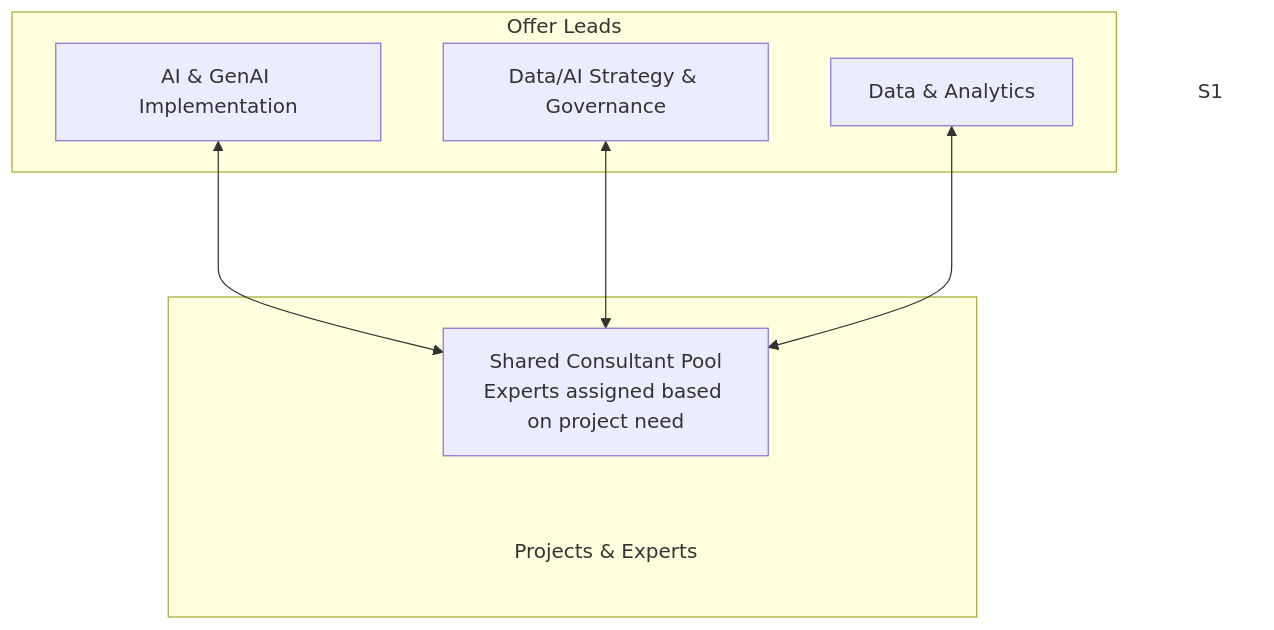
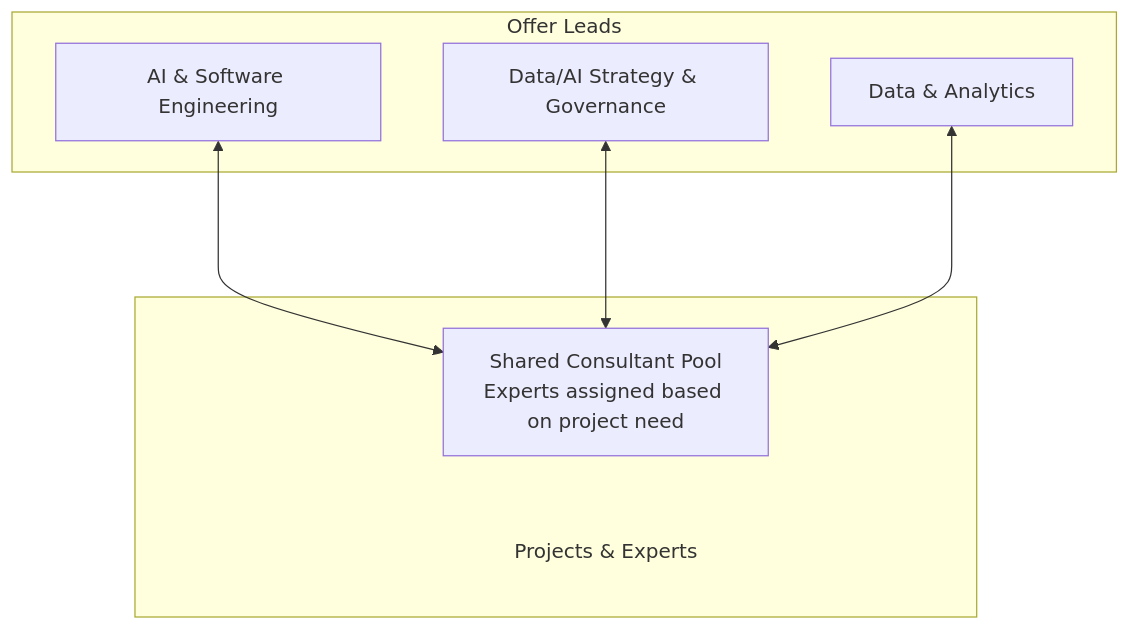
Before and after one commit to PlainsightPro/Vision-Playbook: the first of 2 diagrams in docs/about-plainsight/how-were-organised.md, drawn with Mermaid. The commit also changed other lines of this file and 1 other file, not shown here.

First line of the commit message:
Rename AI & GenAI offering to AI & Software Engineering (#69)

````diff
--- a/docs/about-plainsight/how-were-organised.md
+++ b/docs/about-plainsight/how-were-organised.md
@@ -44,23 +44,22 @@
 ```mermaid
 %%{init: { "flowchart": { "useMaxWidth": true } } }%%
 
 flowchart TB
   subgraph TOP[Offer Leads]
-    O1[AI & GenAI Implementation]
+    O1[AI & Software Engineering]
     O2[Data/AI Strategy & Governance]
     O3[Data & Analytics]
   end
 
   subgraph BOTTOM[" "]
     C[Shared Consultant Pool<br/>Experts assigned based on project need]
     P["Projects & Experts"]
   end
 
   %% make the bottom banner "span" the three top blocks:
   O1 <---> C
   O2 <---> C
   O3 <---> C
   C ~~~ P
   style P fill:transparent,stroke:transparent, font-size:16px
-  style S1 fill:transparent,stroke:transparent 
 ```
````
